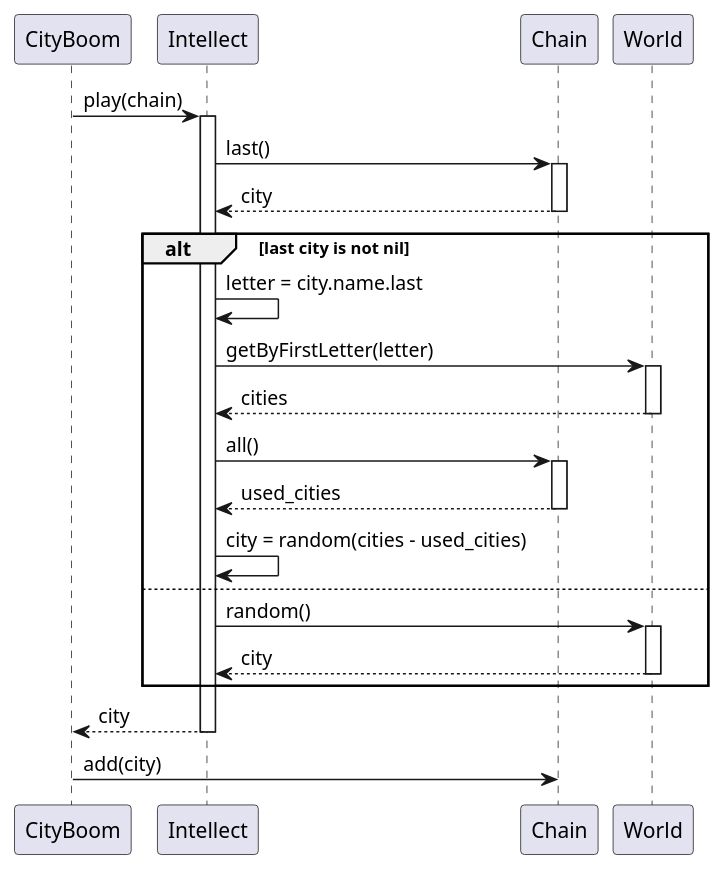
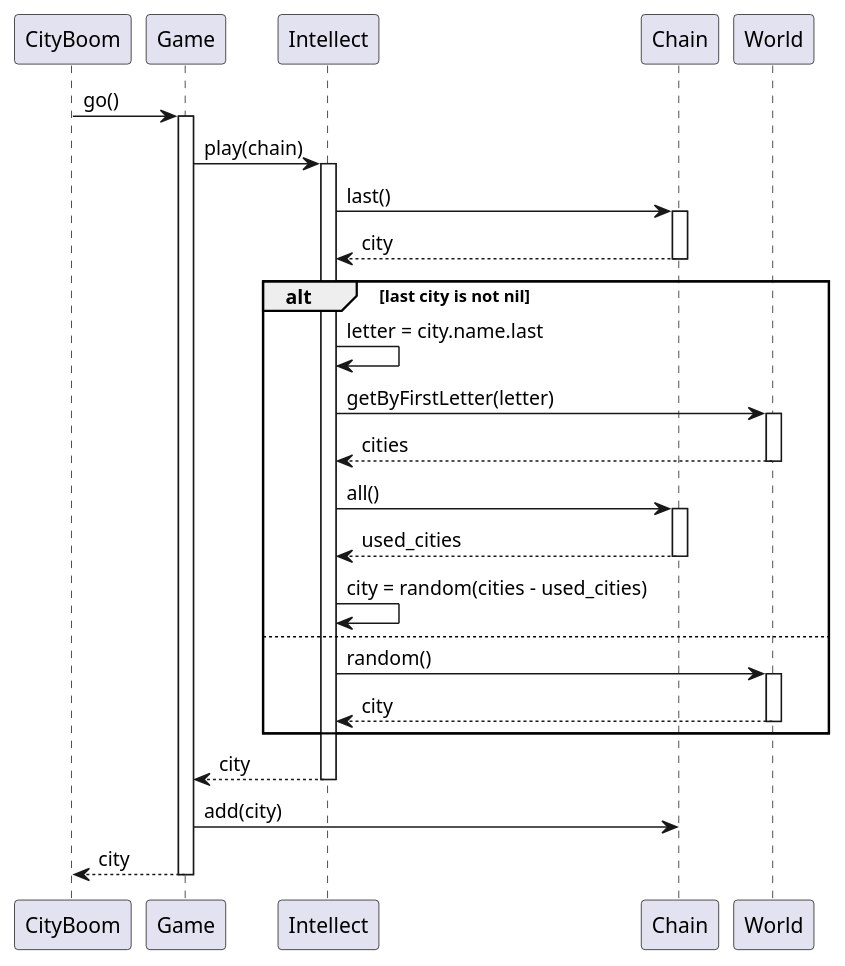
The diagram in uml/computer-play-sequence.puml (bonewell/cityboom), drawn with PlantUML before and after one commit. The commit also changed 5 other files, not shown here.

Commit message:
Update UML diagrams

```diff
--- a/uml/computer-play-sequence.puml
+++ b/uml/computer-play-sequence.puml
@@ -1,28 +1,32 @@
 @startuml
-CityBoom -> Intellect: play(chain)
+CityBoom -> Game: go()
+activate Game
+Game -> Intellect: play(chain)
 activate Intellect
 Intellect -> Chain: last()
 activate Chain
 Chain --> Intellect: city
 deactivate Chain
 alt last city is not nil
     Intellect -> Intellect: letter = city.name.last
     Intellect -> World: getByFirstLetter(letter)
     activate World
     World --> Intellect: cities
     deactivate World
     Intellect -> Chain: all()
     activate Chain
     Chain --> Intellect: used_cities
     deactivate Chain
     Intellect -> Intellect: city = random(cities - used_cities)
 else
     Intellect -> World: random()
     activate World
     World --> Intellect: city
     deactivate World
 end
-Intellect --> CityBoom: city
+Intellect --> Game: city
 deactivate Intellect
-CityBoom -> Chain: add(city)
+Game -> Chain: add(city)
+Game --> CityBoom: city
+deactivate Game
 @enduml
```
